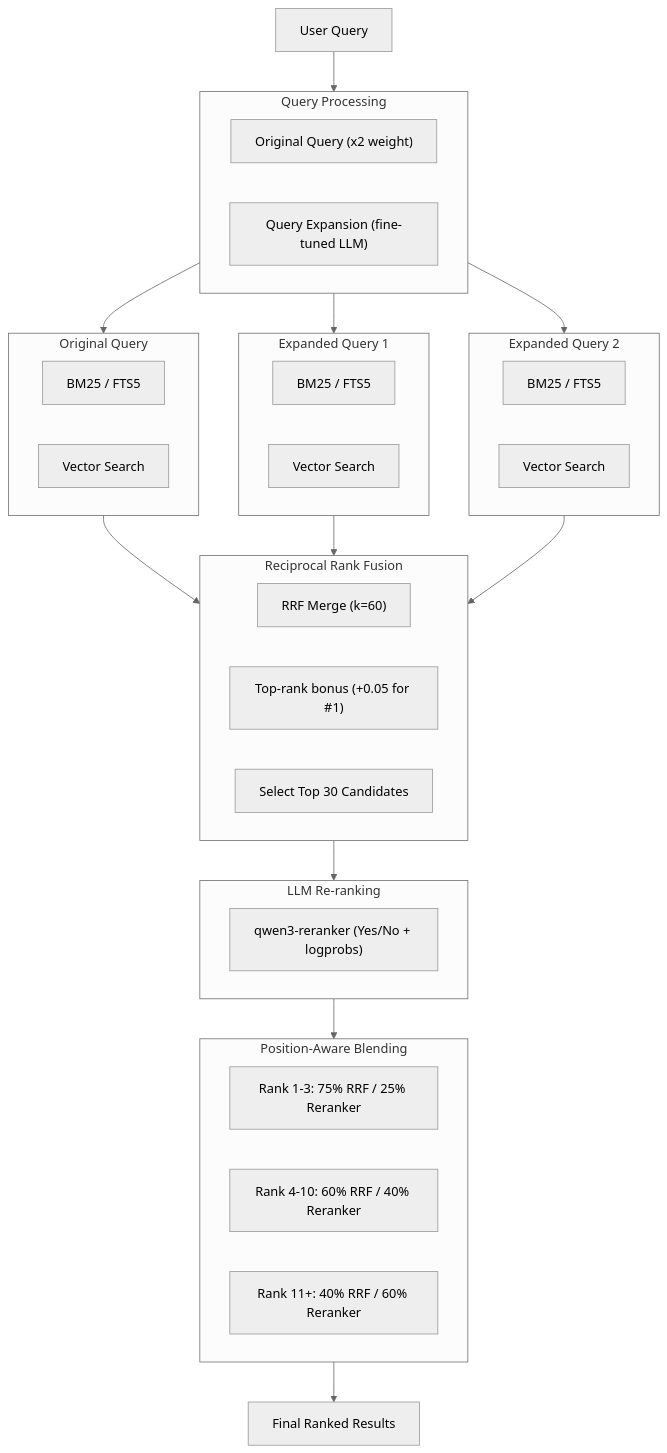
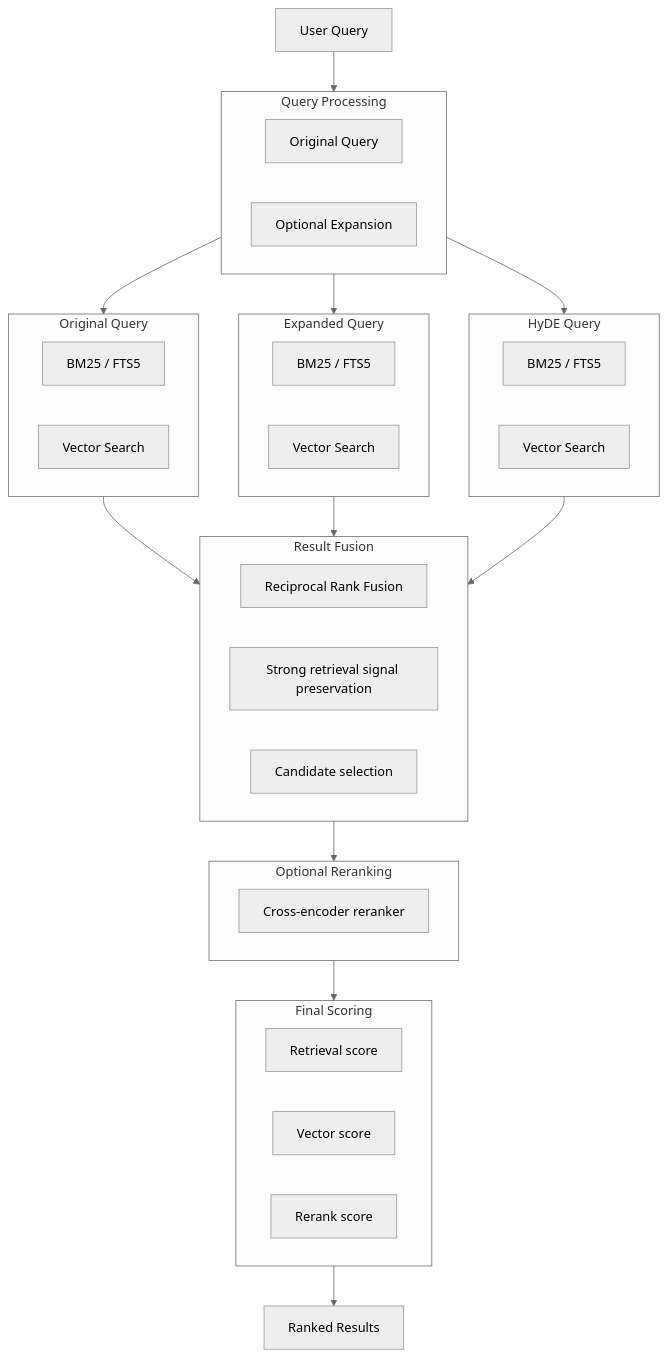
Before and after one commit to ambicuity/KINDX: the second of 4 diagrams in README.md, drawn with Mermaid (neutral theme). The commit also changed other lines of this file and 43 other files, not shown here.

````diff
--- a/README.md
+++ b/README.md
@@ -371,50 +121,50 @@
 ```mermaid
 flowchart TD
     Q["User Query"] --> SPLIT
 
     subgraph SPLIT["Query Processing"]
-        ORIG["Original Query (x2 weight)"]
-        EXP["Query Expansion (fine-tuned LLM)"]
+        ORIG["Original Query"]
+        EXP["Optional Expansion"]
     end
 
     SPLIT --> P1 & P2 & P3
 
     subgraph P1["Original Query"]
         BM25_1["BM25 / FTS5"]
         VEC_1["Vector Search"]
     end
 
-    subgraph P2["Expanded Query 1"]
+    subgraph P2["Expanded Query"]
         BM25_2["BM25 / FTS5"]
         VEC_2["Vector Search"]
     end
 
-    subgraph P3["Expanded Query 2"]
+    subgraph P3["HyDE Query"]
         BM25_3["BM25 / FTS5"]
         VEC_3["Vector Search"]
     end
 
     P1 & P2 & P3 --> RRF
 
-    subgraph RRF["Reciprocal Rank Fusion"]
-        FUSE["RRF Merge (k=60)"]
-        BONUS["Top-rank bonus (+0.05 for #1)"]
-        TOP30["Select Top 30 Candidates"]
+    subgraph RRF["Result Fusion"]
+        FUSE["Reciprocal Rank Fusion"]
+        BONUS["Strong retrieval signal preservation"]
+        TOPK["Candidate selection"]
     end
 
     RRF --> RERANK_STEP
 
-    subgraph RERANK_STEP["LLM Re-ranking"]
-        LLM["qwen3-reranker (Yes/No + logprobs)"]
+    subgraph RERANK_STEP["Optional Reranking"]
+        LLM["Cross-encoder reranker"]
     end
 
     RERANK_STEP --> BLEND
 
-    subgraph BLEND["Position-Aware Blending"]
-        B1["Rank 1-3: 75% RRF / 25% Reranker"]
-        B2["Rank 4-10: 60% RRF / 40% Reranker"]
-        B3["Rank 11+: 40% RRF / 60% Reranker"]
+    subgraph BLEND["Final Scoring"]
+        B1["Retrieval score"]
+        B2["Vector score"]
+        B3["Rerank score"]
     end
 
-    BLEND --> RESULTS["Final Ranked Results"]
+    BLEND --> RESULTS["Ranked Results"]
 ```
````
